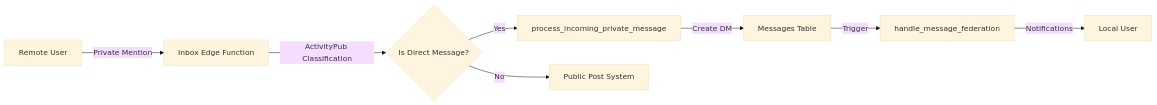
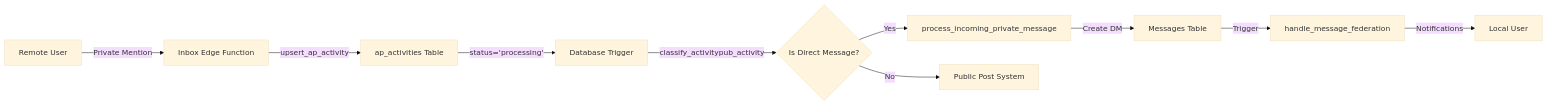
Before and after one commit to y4my4my4m/harmony: the first of 3 diagrams in FEDERATED_MESSAGING_IMPLEMENTATION_SUMMARY.md, drawn with Mermaid (base theme). The commit also changed other lines of this file and 2 other files, not shown here.

Commit message:
Refactor federated messaging with database-driven activity classification

````diff
--- a/FEDERATED_MESSAGING_IMPLEMENTATION_SUMMARY.md
+++ b/FEDERATED_MESSAGING_IMPLEMENTATION_SUMMARY.md
@@ -59,10 +57,12 @@
 ```mermaid
 graph LR
     A[Remote User] -->|Private Mention| B[Inbox Edge Function]
-    B -->|ActivityPub Classification| C{Is Direct Message?}
-    C -->|Yes| D[process_incoming_private_message]
-    D -->|Create DM| E[Messages Table]
-    E -->|Trigger| F[handle_message_federation]
-    F -->|Notifications| G[Local User]
-    C -->|No| H[Public Post System]
+    B -->|upsert_ap_activity| C[ap_activities Table]
+    C -->|status='processing'| D[Database Trigger]
+    D -->|classify_activitypub_activity| E{Is Direct Message?}
+    E -->|Yes| F[process_incoming_private_message]
+    F -->|Create DM| G[Messages Table]
+    G -->|Trigger| H[handle_message_federation]
+    H -->|Notifications| I[Local User]
+    E -->|No| J[Public Post System]
 ```
````
